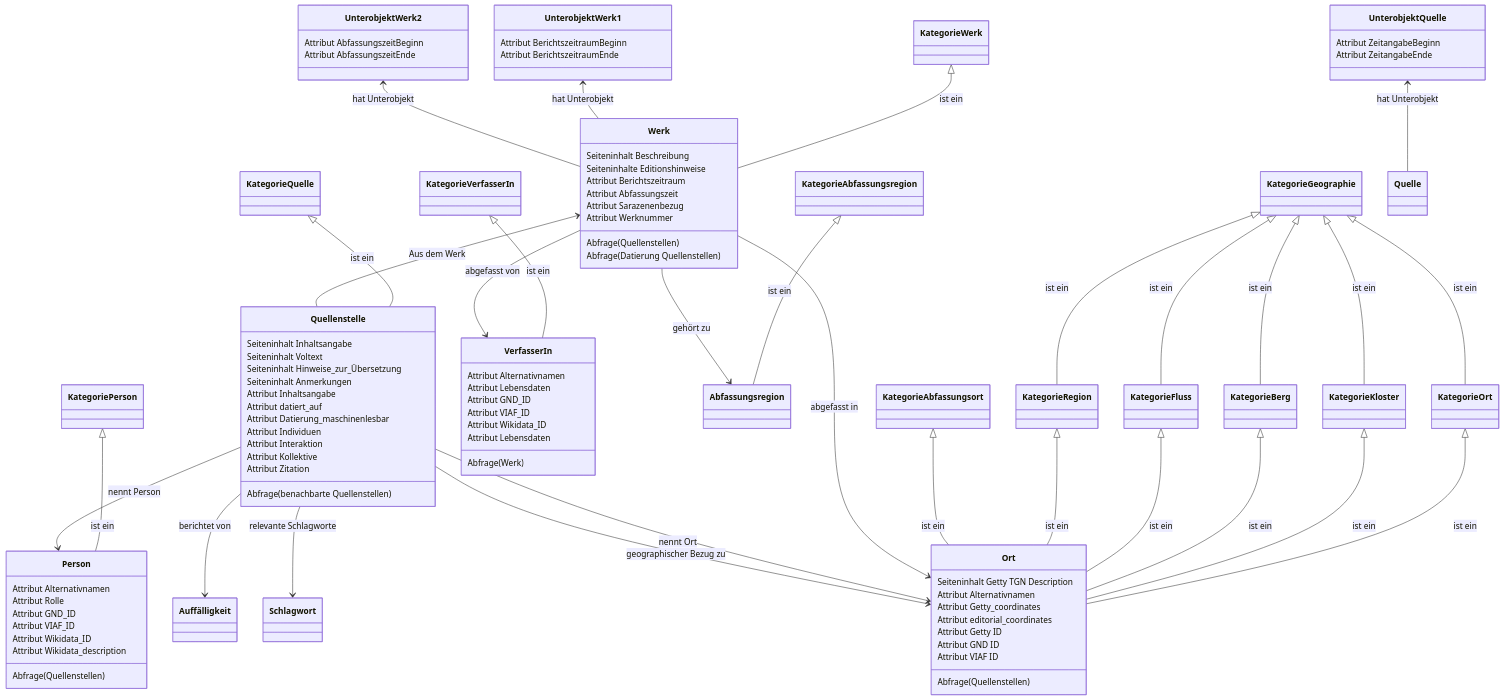
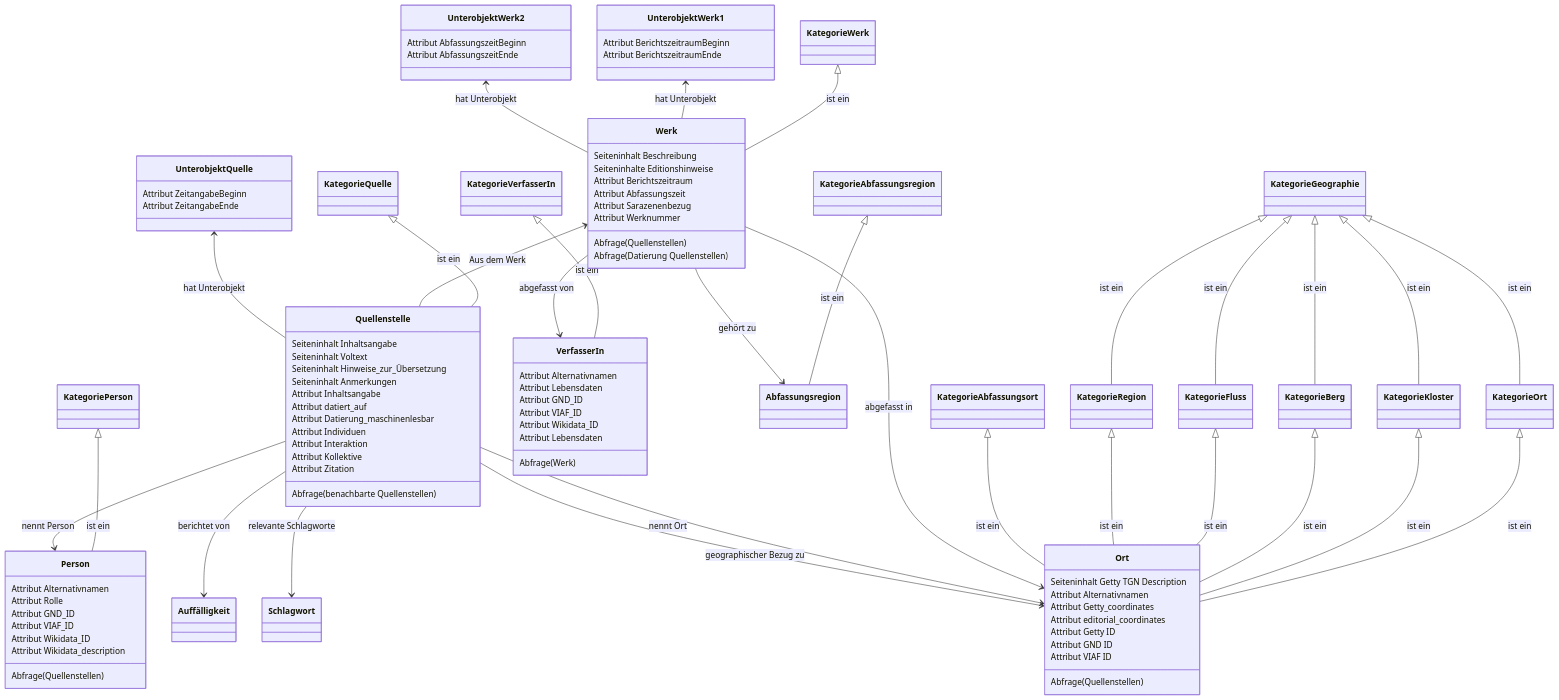
Before and after one commit to cceh/sarazenen-wiki: the diagram in datenmodell/Readme.MD, drawn with Mermaid.

```diff
--- a/datenmodell/Readme.MD
+++ b/datenmodell/Readme.MD
@@ -98,7 +98,7 @@
     Quellenstelle: Abfrage(benachbarte Quellenstellen)
     
     class UnterobjektQuelle
-    UnterobjektQuelle <-- Quelle : hat Unterobjekt
+    UnterobjektQuelle <-- Quellenstelle : hat Unterobjekt
     UnterobjektQuelle: Attribut ZeitangabeBeginn
     UnterobjektQuelle: Attribut ZeitangabeEnde
     
```
